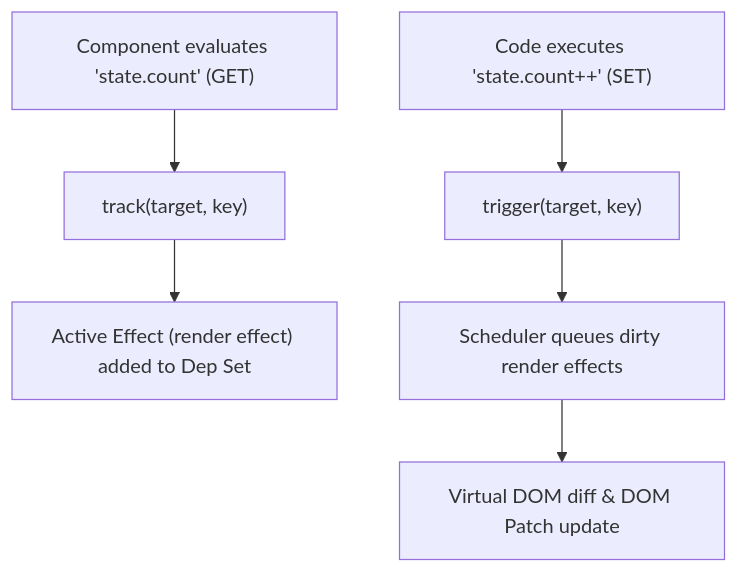
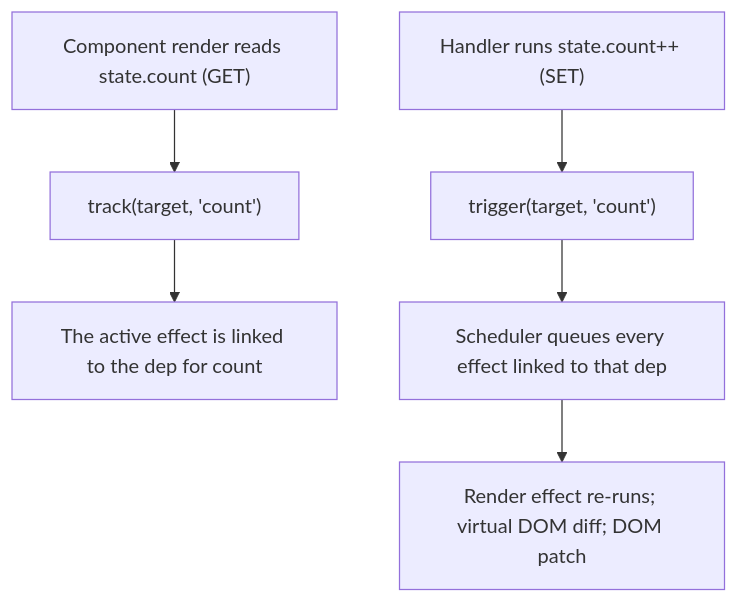
Before and after one commit to TheLearningHubOrg/learn-vue: diagram 14 of 28 in README.md, drawn with Mermaid. The commit also changed other lines of this file and 42 other files, not shown here.

````diff
--- a/README.md
+++ b/README.md
@@ -202,8 +1446,8 @@
 ```mermaid
-graph TD
-    GET["Component evaluates 'state.count' (GET)"] --> TRACK["track(target, key)"]
-    TRACK --> DEP["Active Effect (render effect) added to Dep Set"]
-    MUTATE["Code executes 'state.count++' (SET)"] --> TRIGGER["trigger(target, key)"]
-    TRIGGER --> SCHED["Scheduler queues dirty render effects"]
-    SCHED --> PATCH["Virtual DOM diff & DOM Patch update"]
+flowchart TD
+    GET["Component render reads state.count (GET)"] --> TRACK["track(target, 'count')"]
+    TRACK --> DEP["The active effect is linked to the dep for count"]
+    MUTATE["Handler runs state.count++ (SET)"] --> TRIGGER["trigger(target, 'count')"]
+    TRIGGER --> SCHED["Scheduler queues every effect linked to that dep"]
+    SCHED --> PATCH["Render effect re-runs; virtual DOM diff; DOM patch"]
 ```
````
